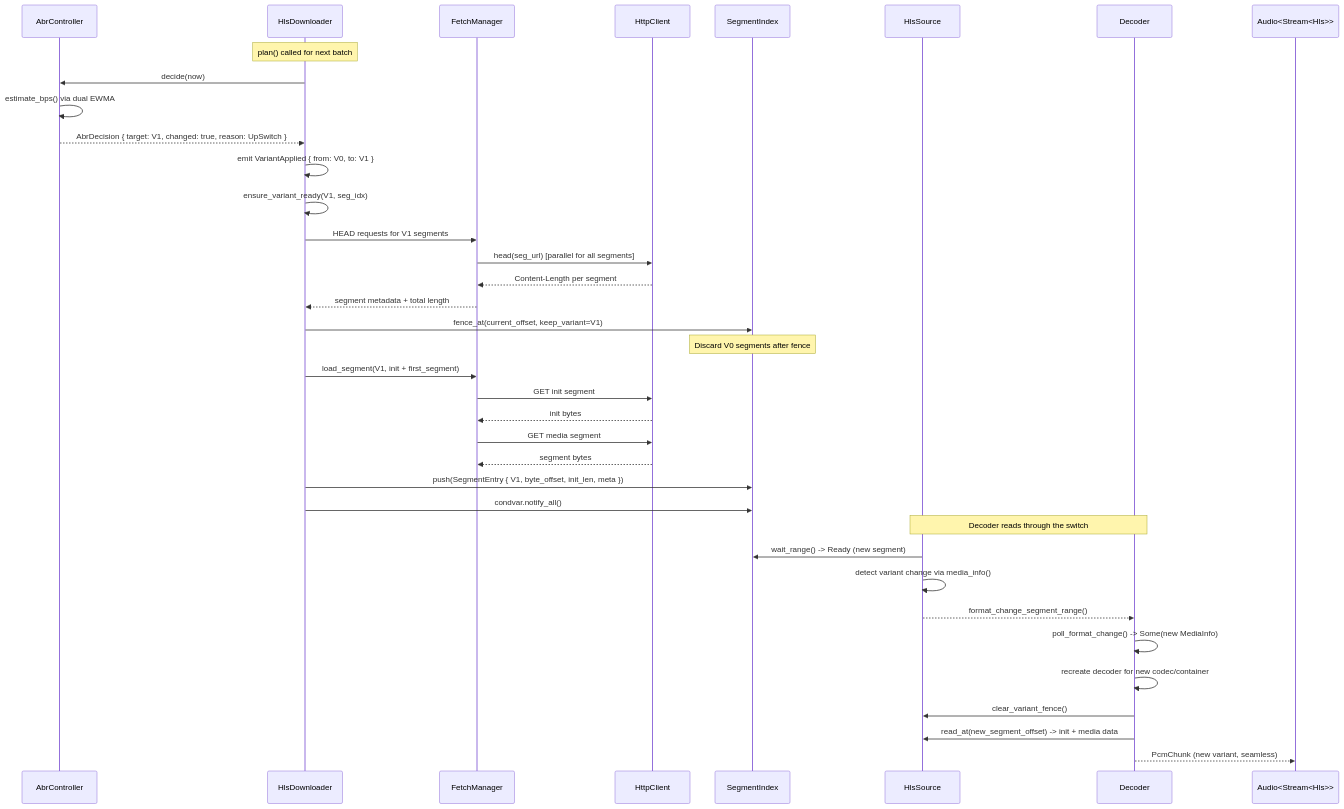
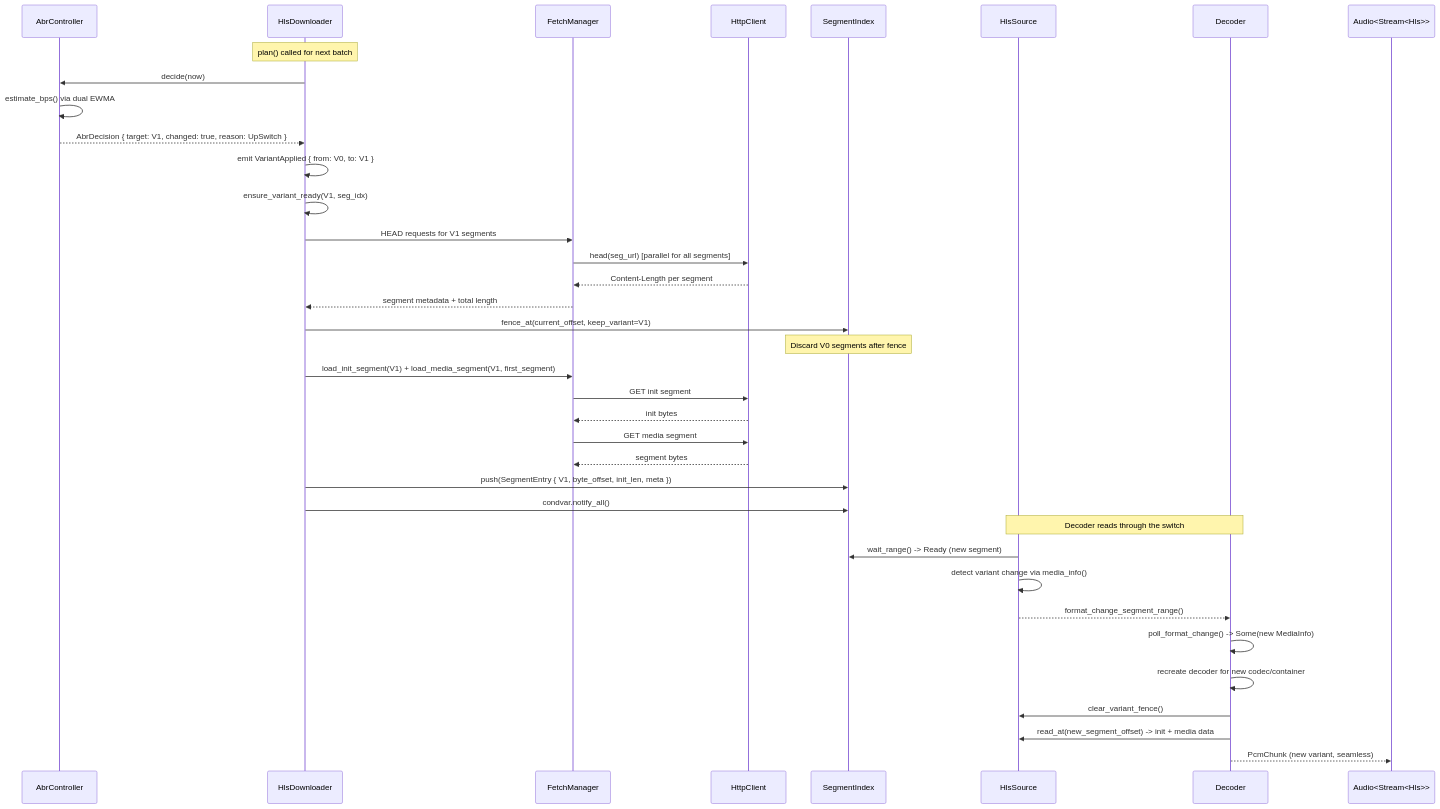
Before and after one commit to zvuk/kithara: diagram 14 of 14 in docs/CODEBASE_ANALYSIS.md, drawn with Mermaid. The commit also changed 17 other files, not shown here.

First line of the commit message:
feat: DRM support with OnceCell init segment deduplication

````diff
--- a/docs/CODEBASE_ANALYSIS.md
+++ b/docs/CODEBASE_ANALYSIS.md
@@ -765,50 +765,50 @@
 ```mermaid
 sequenceDiagram
     participant ABR as AbrController
     participant DL as HlsDownloader
     participant FM as FetchManager
     participant Net as HttpClient
     participant SI as SegmentIndex
     participant Src as HlsSource
     participant Dec as Decoder
     participant Audio as Audio<Stream<Hls>>
 
     Note over DL: plan() called for next batch
 
     DL->>ABR: decide(now)
     ABR->>ABR: estimate_bps() via dual EWMA
     ABR-->>DL: AbrDecision { target: V1, changed: true, reason: UpSwitch }
 
     DL->>DL: emit VariantApplied { from: V0, to: V1 }
     DL->>DL: ensure_variant_ready(V1, seg_idx)
 
     DL->>FM: HEAD requests for V1 segments
     FM->>Net: head(seg_url) [parallel for all segments]
     Net-->>FM: Content-Length per segment
     FM-->>DL: segment metadata + total length
 
     DL->>SI: fence_at(current_offset, keep_variant=V1)
     Note over SI: Discard V0 segments after fence
 
-    DL->>FM: load_segment(V1, init + first_segment)
+    DL->>FM: load_init_segment(V1) + load_media_segment(V1, first_segment)
     FM->>Net: GET init segment
     Net-->>FM: init bytes
     FM->>Net: GET media segment
     Net-->>FM: segment bytes
 
     DL->>SI: push(SegmentEntry { V1, byte_offset, init_len, meta })
     DL->>SI: condvar.notify_all()
 
     Note over Src,Dec: Decoder reads through the switch
 
     Src->>SI: wait_range() -> Ready (new segment)
     Src->>Src: detect variant change via media_info()
     Src-->>Dec: format_change_segment_range()
 
     Dec->>Dec: poll_format_change() -> Some(new MediaInfo)
     Dec->>Dec: recreate decoder for new codec/container
     Dec->>Src: clear_variant_fence()
     Dec->>Src: read_at(new_segment_offset) -> init + media data
 
     Dec-->>Audio: PcmChunk (new variant, seamless)
 ```
````
